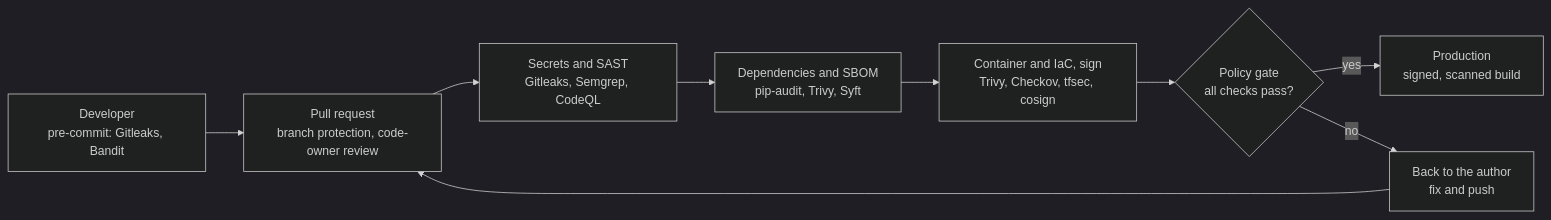
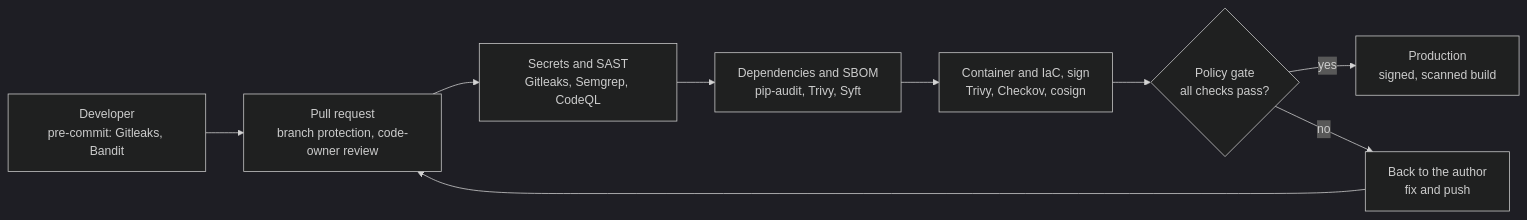
One commit to Amitdeb00731/devsecops-pipeline changed the first of 4 diagrams in docs/architecture-diagrams.md. Above: the diagram before and after it, drawn with Mermaid (dark theme). The commit also changed other lines of this file and 10 other files, not shown here.

````diff
--- a/docs/architecture-diagrams.md
+++ b/docs/architecture-diagrams.md
@@ -12,16 +12,16 @@
 ```mermaid
 flowchart LR
   DEV["Developer<br/>pre-commit: Gitleaks, Bandit"]
   PR["Pull request<br/>branch protection, code-owner review"]
   SAST["Secrets and SAST<br/>Gitleaks, Semgrep, CodeQL"]
   SCA["Dependencies and SBOM<br/>pip-audit, Trivy, Syft"]
-  ART["Container and IaC, sign<br/>Trivy, Checkov, tfsec, cosign"]
+  ART["Container and IaC, sign<br/>Trivy, Checkov, cosign"]
   GATE{"Policy gate<br/>all checks pass?"}
   PROD["Production<br/>signed, scanned build"]
   BACK["Back to the author<br/>fix and push"]
 
   DEV --> PR --> SAST --> SCA --> ART --> GATE
   GATE -->|yes| PROD
   GATE -->|no| BACK
   BACK --> PR
 ```
````
